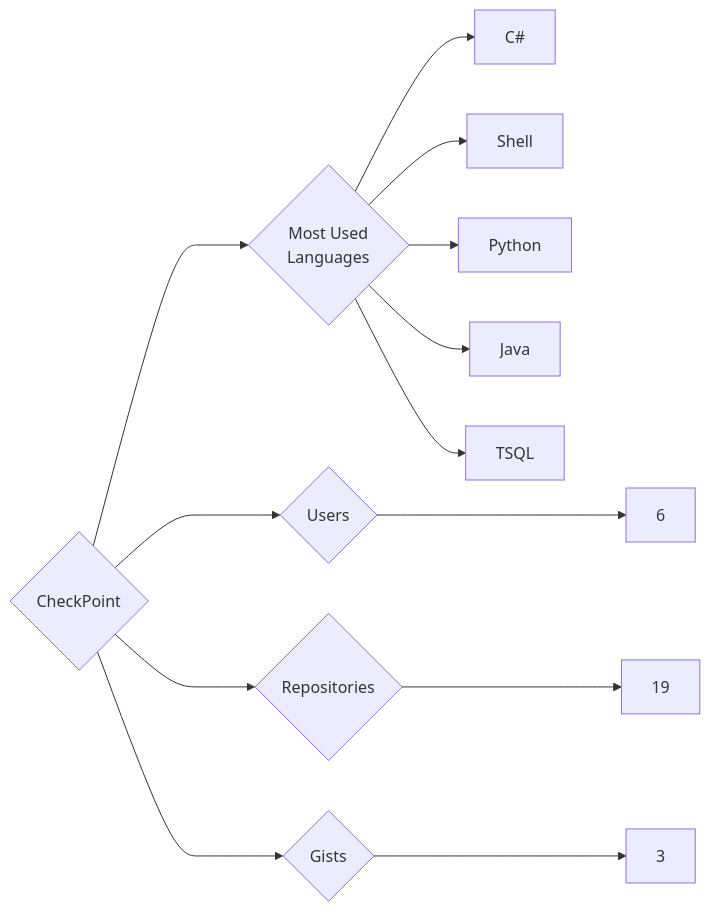
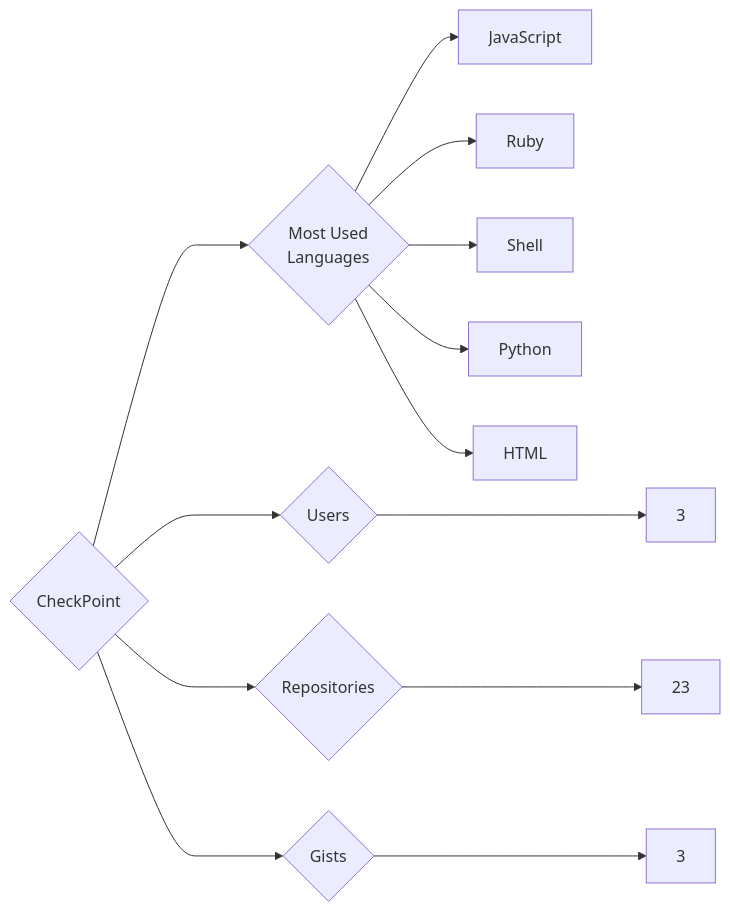
One commit to trickest/insiders changed the diagram in targets/CheckPoint/README.md. Above: the diagram before and after it, drawn with Mermaid. The commit also changed 998 other files, not shown here.

````diff
--- a/targets/CheckPoint/README.md
+++ b/targets/CheckPoint/README.md
@@ -3,13 +3,13 @@
 ```mermaid
 graph LR
 COMPANY_NAME{CheckPoint}
-COMPANY_NAME ---> U{Users} ---> UN[6]
-COMPANY_NAME ---> R{Repositories} ---> RN[19]
+COMPANY_NAME ---> U{Users} ---> UN[3]
+COMPANY_NAME ---> R{Repositories} ---> RN[23]
 COMPANY_NAME ---> G{Gists} ---> GN[3]
 COMPANY_NAME ---> ML{Most Used<br>Languages}
-ML --> C#[C#]
+ML --> JavaScript[JavaScript]
+ML --> Ruby[Ruby]
 ML --> Shell[Shell]
 ML --> Python[Python]
-ML --> Java[Java]
-ML --> TSQL[TSQL]
+ML --> HTML[HTML]
 ```
````
